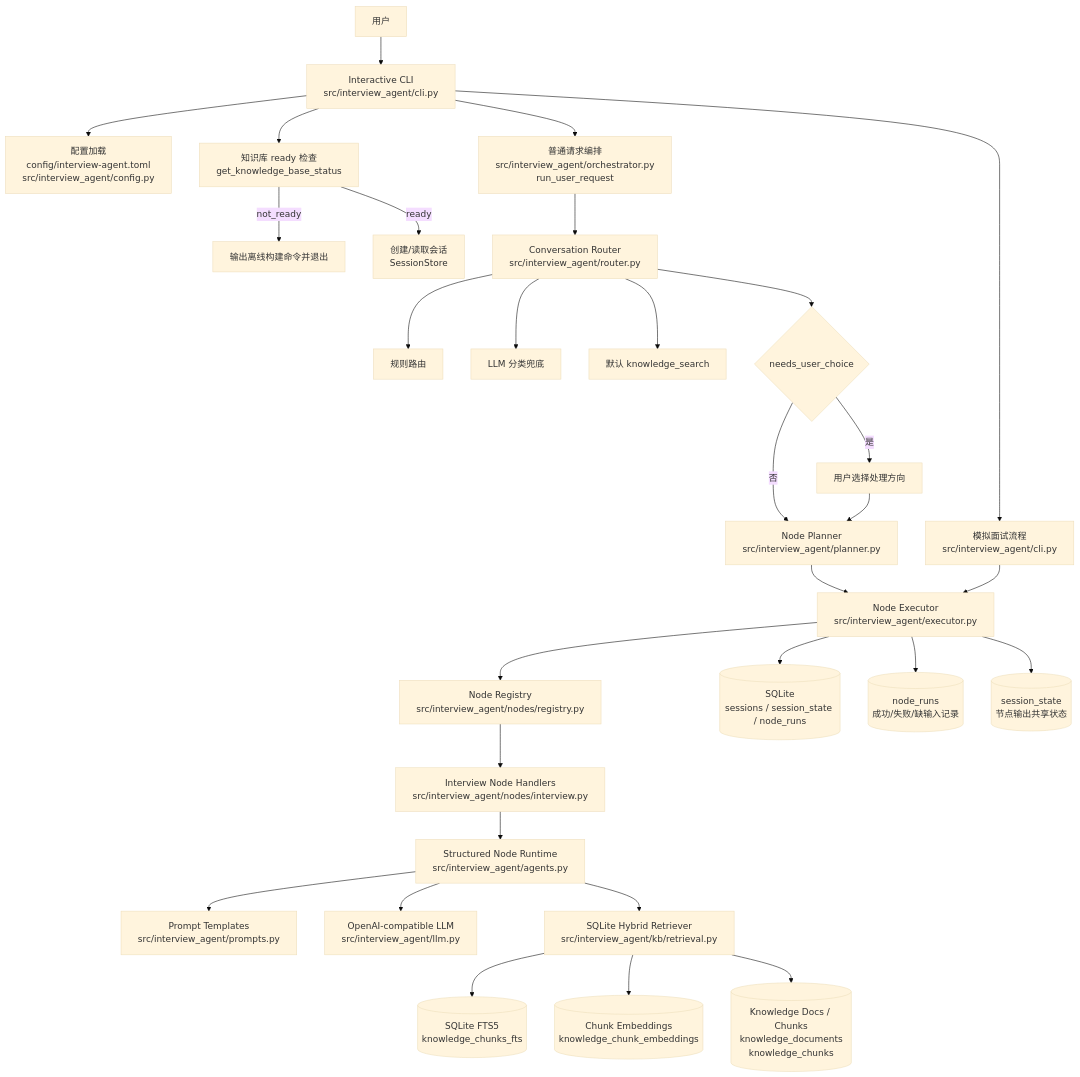
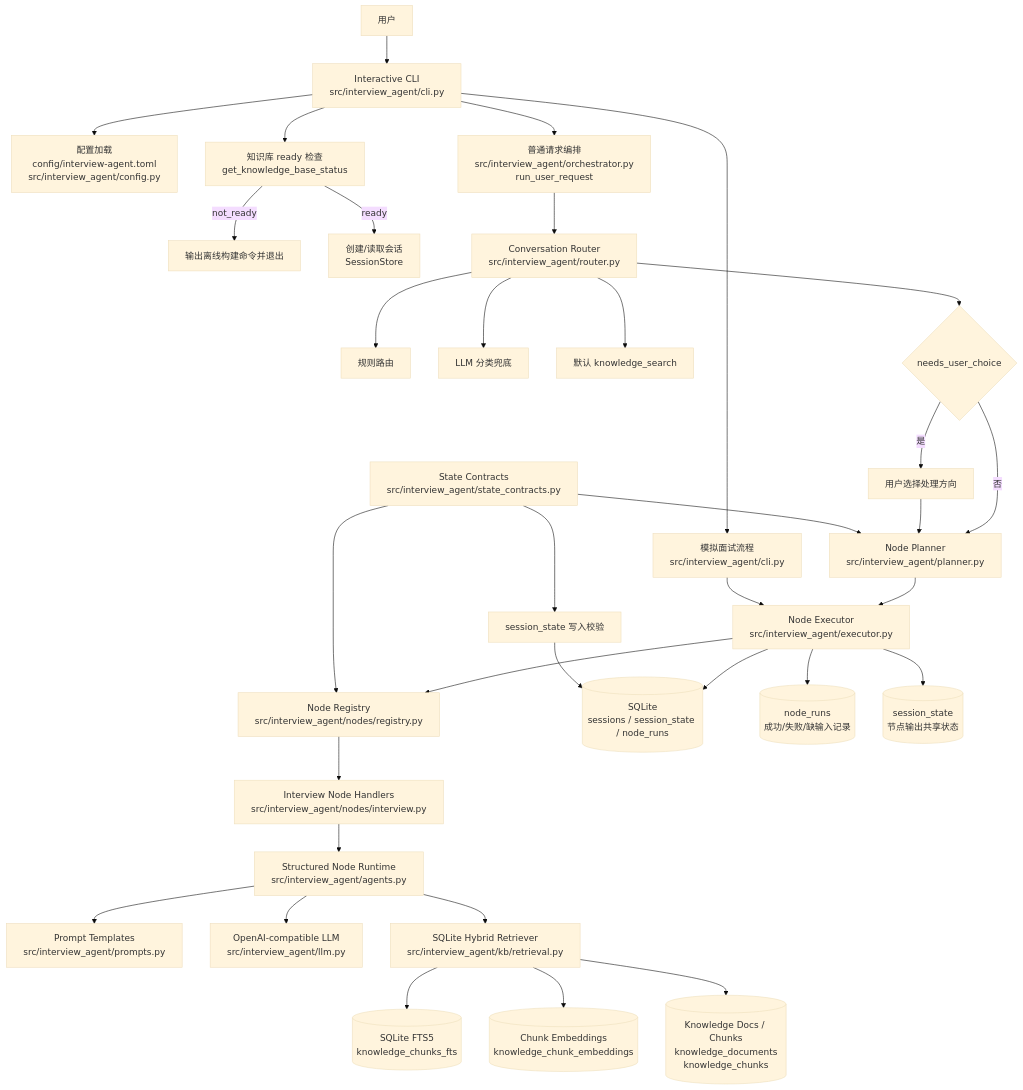
The first of 4 diagrams in docs/architecture.md (kaomianjin2/resume-agent), drawn with Mermaid (base theme) before and after one commit. The commit also changed other lines of this file and 3 other files, not shown here.

````diff
--- a/docs/architecture.md
+++ b/docs/architecture.md
@@ -15,40 +15,45 @@
 ```mermaid
 flowchart TD
     User[用户] --> CLI[Interactive CLI<br/>src/interview_agent/cli.py]
 
     CLI --> Config[配置加载<br/>config/interview-agent.toml<br/>src/interview_agent/config.py]
     CLI --> KBReady[知识库 ready 检查<br/>get_knowledge_base_status]
     KBReady -->|not_ready| OfflineHint[输出离线构建命令并退出]
     KBReady -->|ready| Session[创建/读取会话<br/>SessionStore]
 
     CLI --> Orchestrator[普通请求编排<br/>src/interview_agent/orchestrator.py<br/>run_user_request]
     CLI --> MockFlow[模拟面试流程<br/>src/interview_agent/cli.py]
     Orchestrator --> Router[Conversation Router<br/>src/interview_agent/router.py]
     Router --> RuleRoute[规则路由]
     Router --> LLMRoute[LLM 分类兜底]
     Router --> DefaultRoute[默认 knowledge_search]
     Router --> DirectionChoice{needs_user_choice}
     DirectionChoice -->|是| UserChoice[用户选择处理方向]
     DirectionChoice -->|否| Planner
 
     UserChoice --> Planner
     Planner[Node Planner<br/>src/interview_agent/planner.py]
+    StateContracts[State Contracts<br/>src/interview_agent/state_contracts.py]
+    StateContracts --> Planner
     Planner --> Executor[Node Executor<br/>src/interview_agent/executor.py]
     MockFlow --> Executor
 
     Executor --> Registry[Node Registry<br/>src/interview_agent/nodes/registry.py]
+    StateContracts --> Registry
+    StateContracts --> SessionValidation[session_state 写入校验]
     Registry --> Handlers[Interview Node Handlers<br/>src/interview_agent/nodes/interview.py]
 
     Executor --> SQLite[(SQLite<br/>sessions / session_state / node_runs)]
+    SessionValidation --> SQLite
     Handlers --> AgentRuntime[Structured Node Runtime<br/>src/interview_agent/agents.py]
     AgentRuntime --> Prompts[Prompt Templates<br/>src/interview_agent/prompts.py]
     AgentRuntime --> LLM[OpenAI-compatible LLM<br/>src/interview_agent/llm.py]
     AgentRuntime --> Retriever[SQLite Hybrid Retriever<br/>src/interview_agent/kb/retrieval.py]
 
     Retriever --> FTS[(SQLite FTS5<br/>knowledge_chunks_fts)]
     Retriever --> Embeddings[(Chunk Embeddings<br/>knowledge_chunk_embeddings)]
     Retriever --> KBChunks[(Knowledge Docs / Chunks<br/>knowledge_documents<br/>knowledge_chunks)]
 
     Executor --> Runs[(node_runs<br/>成功/失败/缺输入记录)]
     Executor --> State[(session_state<br/>节点输出共享状态)]
 ```
````
